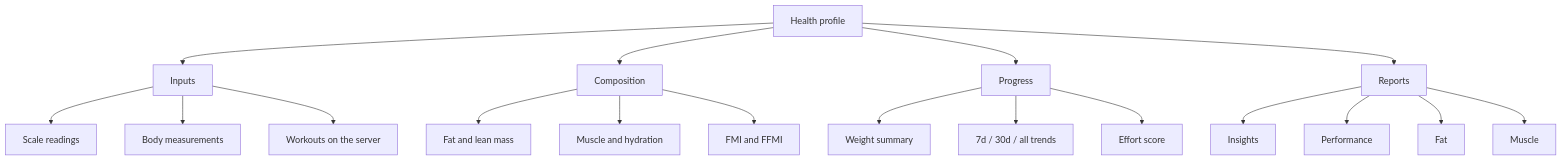
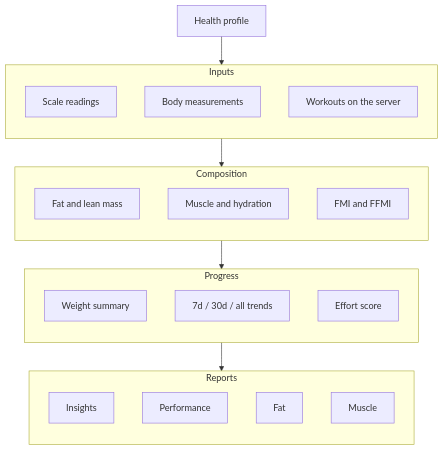
Before and after one commit to aneeshpatne/healthmaxxing: the second of 3 diagrams in README.md, drawn with Mermaid. The commit also changed other lines of this file, not shown here.

First line of the commit message:
docs: stack README mermaid diagrams top-to-bottom

````diff
--- a/README.md
+++ b/README.md
@@ -68,25 +69,38 @@
 ```mermaid
-flowchart TD
+flowchart TB
     P[Health profile]
-    P --> IN[Inputs]
-    P --> CO[Composition]
-    P --> PR[Progress]
-    P --> RP[Reports]
 
-    IN --> IN1[Scale readings]
-    IN --> IN2[Body measurements]
-    IN --> IN3[Workouts on the server]
+    subgraph IN[Inputs]
+        direction TB
+        IN1[Scale readings]
+        IN2[Body measurements]
+        IN3[Workouts on the server]
+    end
 
-    CO --> CO1[Fat and lean mass]
-    CO --> CO2[Muscle and hydration]
-    CO --> CO3[FMI and FFMI]
+    subgraph CO[Composition]
+        direction TB
+        CO1[Fat and lean mass]
+        CO2[Muscle and hydration]
+        CO3[FMI and FFMI]
+    end
 
-    PR --> PR1[Weight summary]
-    PR --> PR2[7d / 30d / all trends]
-    PR --> PR3[Effort score]
+    subgraph PR[Progress]
+        direction TB
+        PR1[Weight summary]
+        PR2[7d / 30d / all trends]
+        PR3[Effort score]
+    end
 
-    RP --> RP1[Insights]
-    RP --> RP2[Performance]
-    RP --> RP3[Fat]
-    RP --> RP4[Muscle]
+    subgraph RP[Reports]
+        direction TB
+        RP1[Insights]
+        RP2[Performance]
+        RP3[Fat]
+        RP4[Muscle]
+    end
+
+    P --> IN
+    IN --> CO
+    CO --> PR
+    PR --> RP
 ```
````
